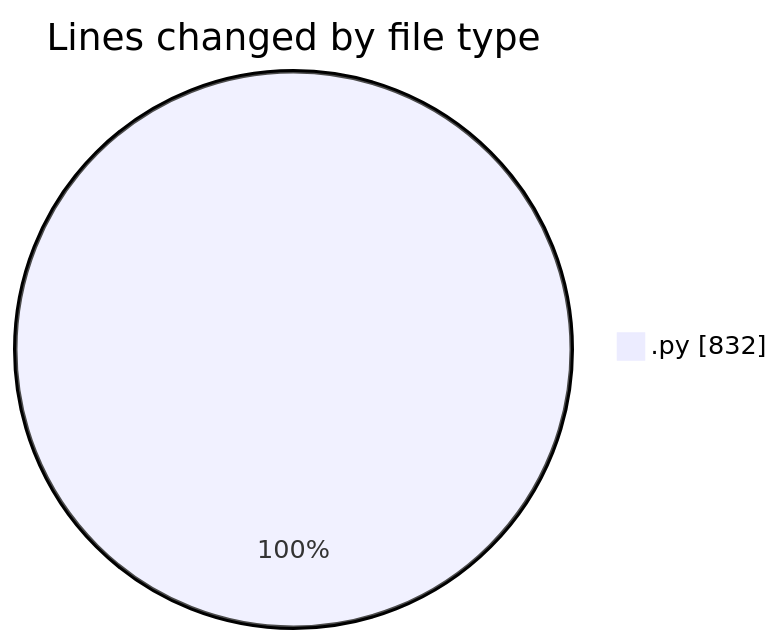
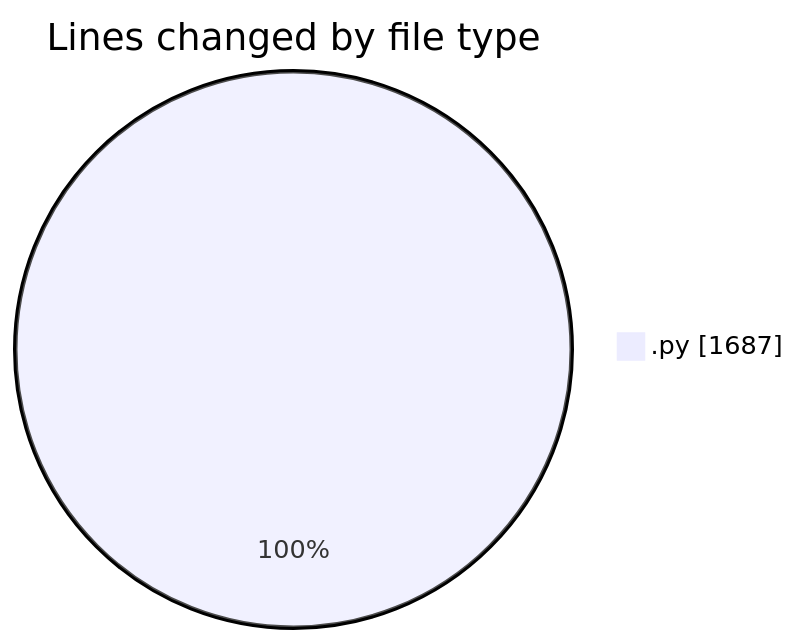
One commit to Ritupan-Deka/code-tracking changed the first of 2 diagrams in 2025-01-20/projects/README.md. Above: the diagram before and after it, drawn with Mermaid. The commit also changed other lines of this file and 1 other file, not shown here.

````diff
--- a/2025-01-20/projects/README.md
+++ b/2025-01-20/projects/README.md
@@ -20,5 +20,5 @@
 ```mermaid
 pie showData
 title Lines changed by file type
-".py" : 832
+".py" : 1687
 ```
````
